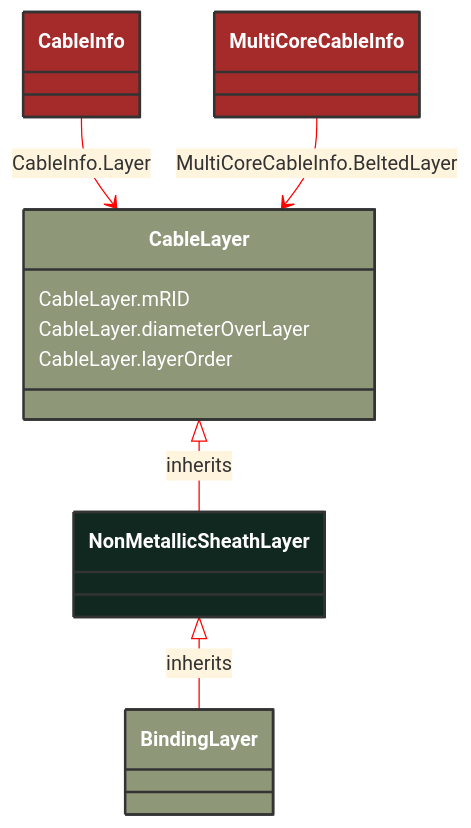
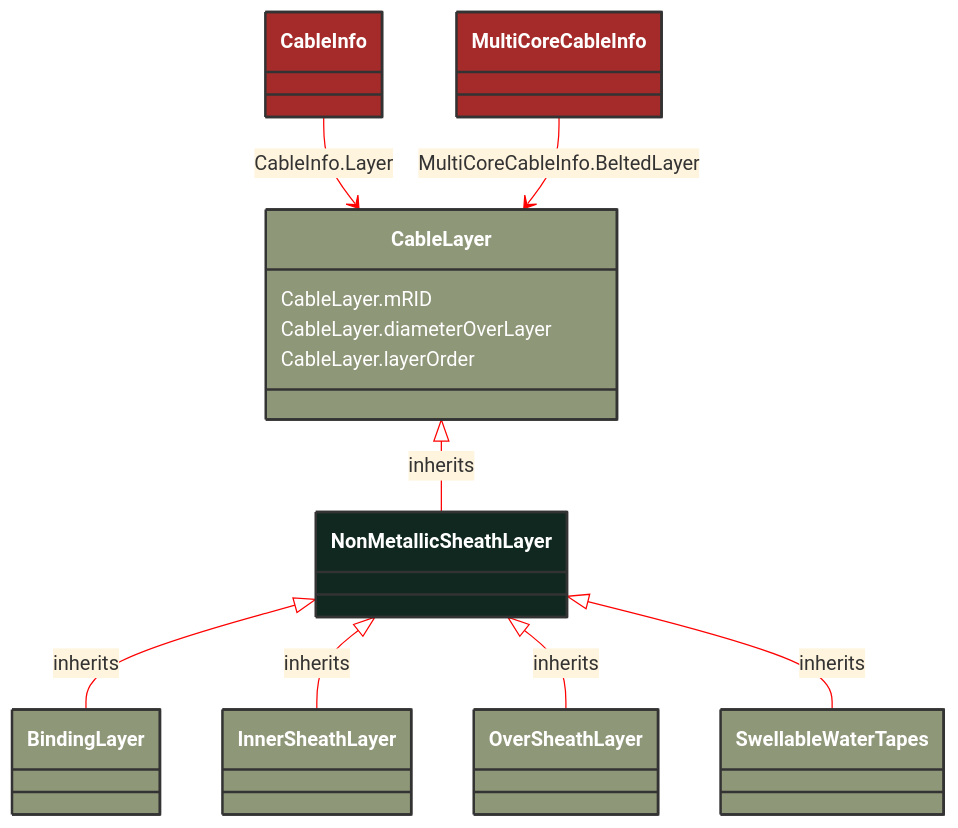
One commit to 3lbits/NoCIMExtensions changed the diagram in docs/Models/Profiles/SubseaCableInfo/ConcreteClasses/NonMetallicSheathLayer.md. Above: the diagram before and after it, drawn with Mermaid. The commit also changed 63 other files, not shown here.

````diff
--- a/docs/Models/Profiles/SubseaCableInfo/ConcreteClasses/NonMetallicSheathLayer.md
+++ b/docs/Models/Profiles/SubseaCableInfo/ConcreteClasses/NonMetallicSheathLayer.md
@@ -8,35 +8,53 @@
 ```mermaid
 %%{init: {'theme':'base','themeVariables': {'lineColor': '#FF0000'}}}%%
 classDiagram
     class NonMetallicSheathLayer
     click NonMetallicSheathLayer href "/Models/Profiles/SubseaCableInfo/ConcreteClasses/NonMetallicSheathLayer/"
     style NonMetallicSheathLayer fill:#102820,stroke:#333,stroke-width:2px,rx:10,ry:10,color:white
 
         NonMetallicSheathLayer <|-- BindingLayer : inherits
 
         BindingLayer
             click BindingLayer href "/Models/Profiles/SubseaCableInfo/ConcreteClasses/BindingLayer/"
             style BindingLayer fill:#8F9779,stroke:#333,stroke-width:2px,rx:10,ry:10,color:white
+
+        NonMetallicSheathLayer <|-- InnerSheathLayer : inherits
+
+        InnerSheathLayer
+            click InnerSheathLayer href "/Models/Profiles/SubseaCableInfo/ConcreteClasses/InnerSheathLayer/"
+            style InnerSheathLayer fill:#8F9779,stroke:#333,stroke-width:2px,rx:10,ry:10,color:white
+
+        NonMetallicSheathLayer <|-- OverSheathLayer : inherits
+
+        OverSheathLayer
+            click OverSheathLayer href "/Models/Profiles/SubseaCableInfo/ConcreteClasses/OverSheathLayer/"
+            style OverSheathLayer fill:#8F9779,stroke:#333,stroke-width:2px,rx:10,ry:10,color:white
+
+        NonMetallicSheathLayer <|-- SwellableWaterTapes : inherits
+
+        SwellableWaterTapes
+            click SwellableWaterTapes href "/Models/Profiles/SubseaCableInfo/ConcreteClasses/SwellableWaterTapes/"
+            style SwellableWaterTapes fill:#8F9779,stroke:#333,stroke-width:2px,rx:10,ry:10,color:white
      
         CableLayer <|-- NonMetallicSheathLayer : inherits
             click CableLayer href "/Models/Profiles/SubseaCableInfo/AbstractClasses/CableLayer/"
             style CableLayer fill:#8F9779,stroke:#333,stroke-width:2px,rx:10,ry:10,color:white
 
 
         CableInfo --> CableLayer : CableInfo.Layer
 
         CableInfo
             click CableInfo href "/Models/Profiles/SubseaCableInfo/ConcreteClasses/CableInfo/"
             style CableInfo fill:#A52A2A,stroke:#333,stroke-width:2px,rx:10,ry:10,color:white
 
         MultiCoreCableInfo --> CableLayer : MultiCoreCableInfo.BeltedLayer
 
         MultiCoreCableInfo
             click MultiCoreCableInfo href "/Models/Profiles/SubseaCableInfo/ConcreteClasses/MultiCoreCableInfo/"
             style MultiCoreCableInfo fill:#A52A2A,stroke:#333,stroke-width:2px,rx:10,ry:10,color:white
 
 
         CableLayer : CableLayer.mRID
         CableLayer : CableLayer.diameterOverLayer
         CableLayer : CableLayer.layerOrder
 ```
````
